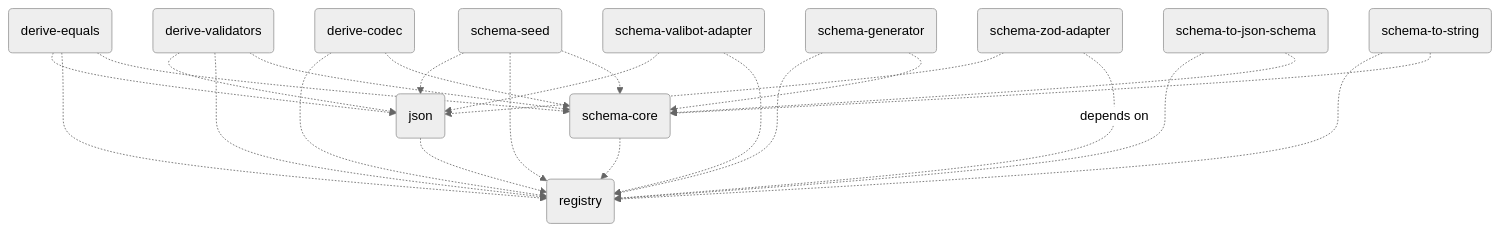
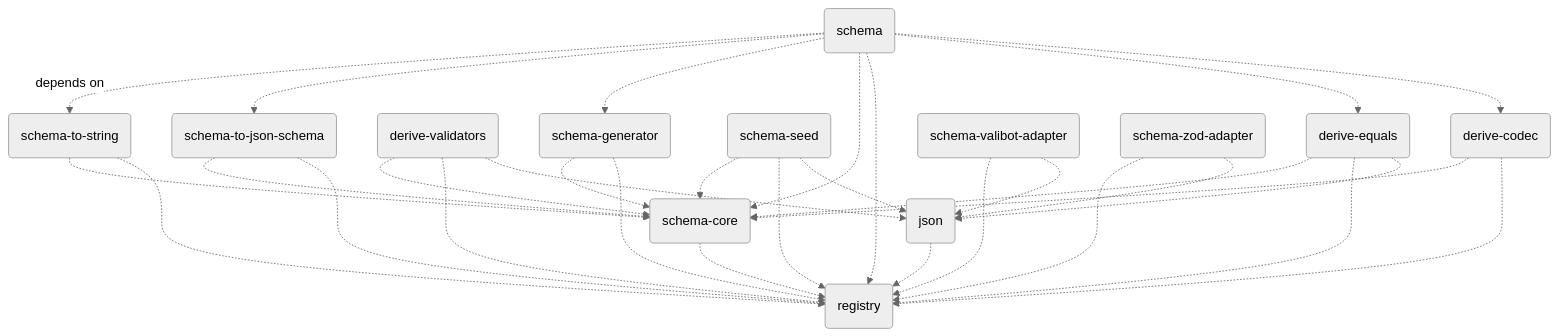
One commit to traversable/schema changed the diagram in README.md. Above: the diagram before and after it, drawn with Mermaid (neutral theme). The commit also changed 99 other files, not shown here.

Commit message:
feat(schema): generating from core :tada:

````diff
--- a/README.md
+++ b/README.md
@@ -382,27 +382,34 @@
 ```mermaid
 flowchart TD
     registry(registry)
     json(json) -.-> registry(registry)
     schema-core(schema-core) -.-> registry(registry)
     derive-codec(derive-codec) -.-> registry(registry)
     derive-codec(derive-codec) -.-> schema-core(schema-core)
     derive-equals(derive-equals) -.-> json(json)
     derive-equals(derive-equals) -.-> registry(registry)
     derive-equals(derive-equals) -.-> schema-core(schema-core)
     derive-validators(derive-validators) -.-> json(json)
     derive-validators(derive-validators) -.-> registry(registry)
     derive-validators(derive-validators) -.-> schema-core(schema-core)
     schema-generator(schema-generator) -.-> registry(registry)
     schema-generator(schema-generator) -.-> schema-core(schema-core)
     schema-seed(schema-seed) -.-> json(json)
     schema-seed(schema-seed) -.-> registry(registry)
     schema-seed(schema-seed) -.-> schema-core(schema-core)
     schema-to-json-schema(schema-to-json-schema) -.-> registry(registry)
     schema-to-json-schema(schema-to-json-schema) -.-> schema-core(schema-core)
     schema-to-string(schema-to-string) -.-> registry(registry)
     schema-to-string(schema-to-string) -.-> schema-core(schema-core)
     schema-valibot-adapter(schema-valibot-adapter) -.-> json(json)
     schema-valibot-adapter(schema-valibot-adapter) -.-> registry(registry)
     schema-zod-adapter(schema-zod-adapter) -.-> json(json)
-    schema-zod-adapter(schema-zod-adapter) -.depends on.-> registry(registry)
+    schema-zod-adapter(schema-zod-adapter) -.-> registry(registry)
+    schema(schema) -.-> derive-codec(derive-codec)
+    schema(schema) -.-> derive-equals(derive-equals)
+    schema(schema) -.-> registry(registry)
+    schema(schema) -.-> schema-core(schema-core)
+    schema(schema) -.-> schema-generator(schema-generator)
+    schema(schema) -.-> schema-to-json-schema(schema-to-json-schema)
+    schema(schema) -.depends on.-> schema-to-string(schema-to-string)
 ```
````
